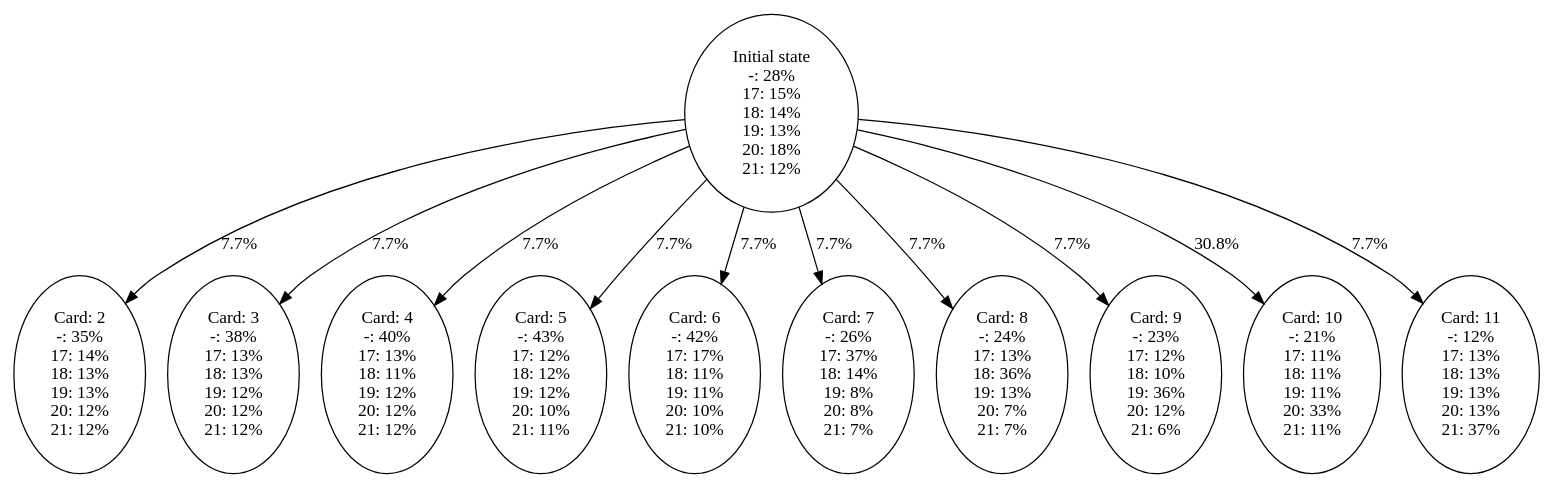
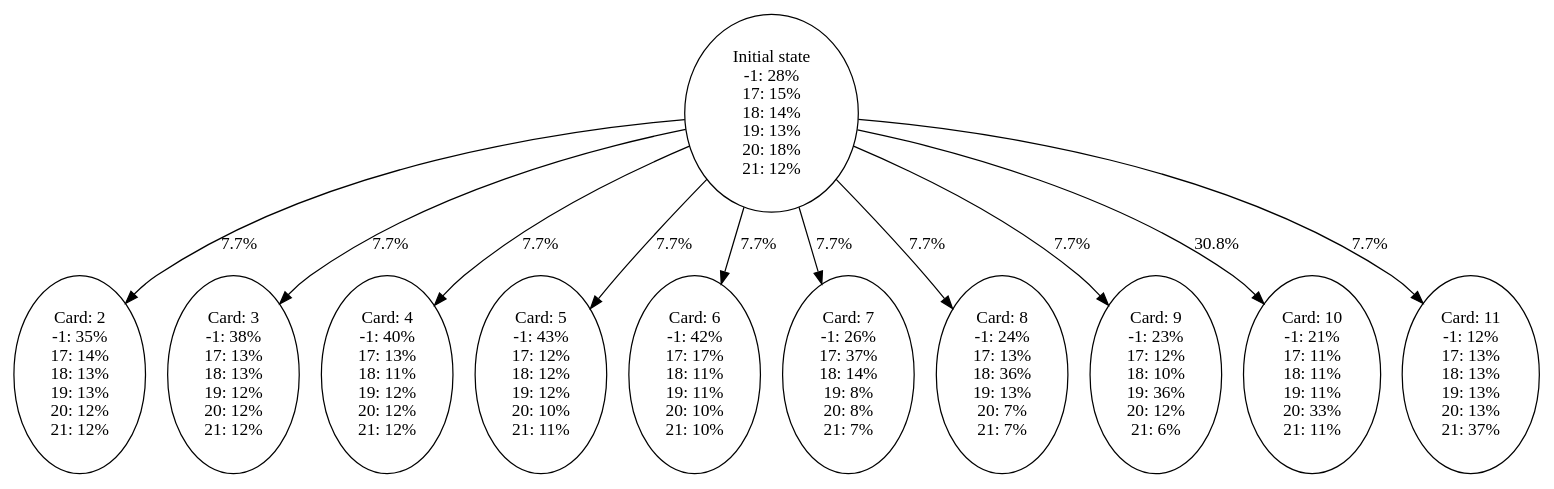
One commit to claudiosousa/hepia-projects-Math_S6_TP2 changed the diagram in src/decisionTree/output/croupier.gv. Above: the diagram before and after it, drawn with Graphviz. The commit also changed 9 other files, not shown here.

```diff
--- a/src/decisionTree/output/croupier.gv
+++ b/src/decisionTree/output/croupier.gv
@@ -1,91 +1,91 @@
 digraph {
 mindist=0.2
 ratio=auto
 	0 [label="Initial state
--: 28%
+-1: 28%
 17: 15%
 18: 14%
 19: 13%
 20: 18%
 21: 12%"]
 	"0_2" [label="Card: 2
--: 35%
+-1: 35%
 17: 14%
 18: 13%
 19: 13%
 20: 12%
 21: 12%"]
 	0 -> "0_2" [label="7.7%"]
 	"0_3" [label="Card: 3
--: 38%
+-1: 38%
 17: 13%
 18: 13%
 19: 12%
 20: 12%
 21: 12%"]
 	0 -> "0_3" [label="7.7%"]
 	"0_4" [label="Card: 4
--: 40%
+-1: 40%
 17: 13%
 18: 11%
 19: 12%
 20: 12%
 21: 12%"]
 	0 -> "0_4" [label="7.7%"]
 	"0_5" [label="Card: 5
--: 43%
+-1: 43%
 17: 12%
 18: 12%
 19: 12%
 20: 10%
 21: 11%"]
 	0 -> "0_5" [label="7.7%"]
 	"0_6" [label="Card: 6
--: 42%
+-1: 42%
 17: 17%
 18: 11%
 19: 11%
 20: 10%
 21: 10%"]
 	0 -> "0_6" [label="7.7%"]
 	"0_7" [label="Card: 7
--: 26%
+-1: 26%
 17: 37%
 18: 14%
 19: 8%
 20: 8%
 21: 7%"]
 	0 -> "0_7" [label="7.7%"]
 	"0_8" [label="Card: 8
--: 24%
+-1: 24%
 17: 13%
 18: 36%
 19: 13%
 20: 7%
 21: 7%"]
 	0 -> "0_8" [label="7.7%"]
 	"0_9" [label="Card: 9
--: 23%
+-1: 23%
 17: 12%
 18: 10%
 19: 36%
 20: 12%
 21: 6%"]
 	0 -> "0_9" [label="7.7%"]
 	"0_10" [label="Card: 10
--: 21%
+-1: 21%
 17: 11%
 18: 11%
 19: 11%
 20: 33%
 21: 11%"]
 	0 -> "0_10" [label="30.8%"]
 	"0_11" [label="Card: 11
--: 12%
+-1: 12%
 17: 13%
 18: 13%
 19: 13%
 20: 13%
 21: 37%"]
 	0 -> "0_11" [label="7.7%"]
 }
```
